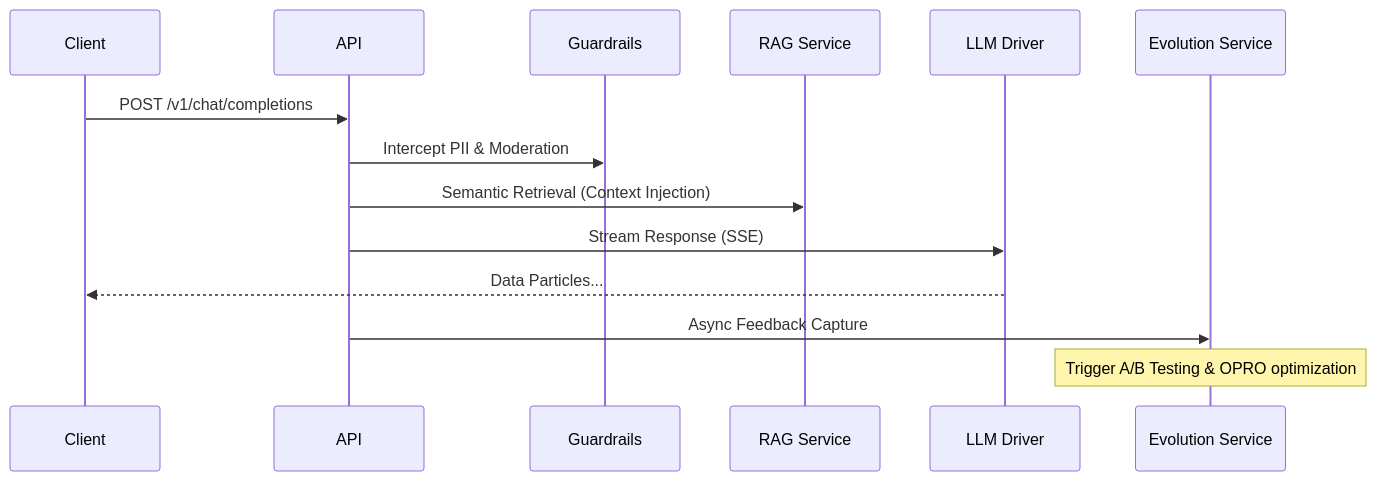
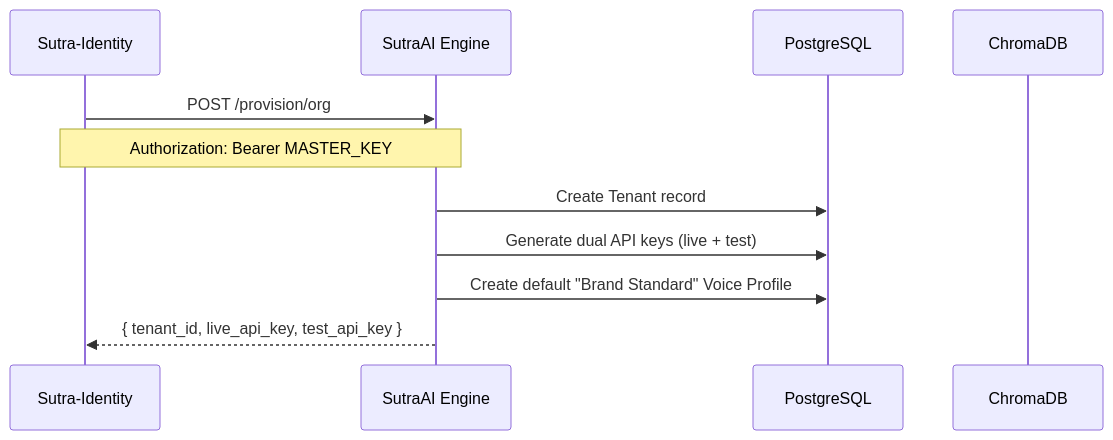
The third of 6 diagrams in docs/developer_docs.md (sutracodehq-ui/sutra-ai-engine), drawn with Mermaid before and after one commit. The commit also changed other lines of this file and 13 other files, not shown here.

Commit message:
feat: Add Brand Auditor and Content Repurposer agents, refactor BaseAgent initialization, introduce Click Shield design documentation, and add a voice profile service.

````diff
--- a/docs/developer_docs.md
+++ b/docs/developer_docs.md
@@ -71,17 +234,14 @@
 ```mermaid
 sequenceDiagram
-    participant C as Client
-    participant A as API
-    participant G as Guardrails
-    participant R as RAG Service
-    participant L as LLM Driver
-    participant E as Evolution Service
-
-    C->>A: POST /v1/chat/completions
-    A->>G: Intercept PII & Moderation
-    A->>R: Semantic Retrieval (Context Injection)
-    A->>L: Stream Response (SSE)
-    L-->>C: Data Particles...
-    A->>E: Async Feedback Capture
-    Note over E: Trigger A/B Testing & OPRO optimization
+    participant Identity as Sutra-Identity
+    participant Engine as SutraAI Engine
+    participant DB as PostgreSQL
+    participant KB as ChromaDB
+    
+    Identity->>Engine: POST /provision/org
+    Note over Identity,Engine: Authorization: Bearer MASTER_KEY
+    Engine->>DB: Create Tenant record
+    Engine->>DB: Generate dual API keys (live + test)
+    Engine->>DB: Create default "Brand Standard" Voice Profile
+    Engine-->>Identity: { tenant_id, live_api_key, test_api_key }
 ```
````
